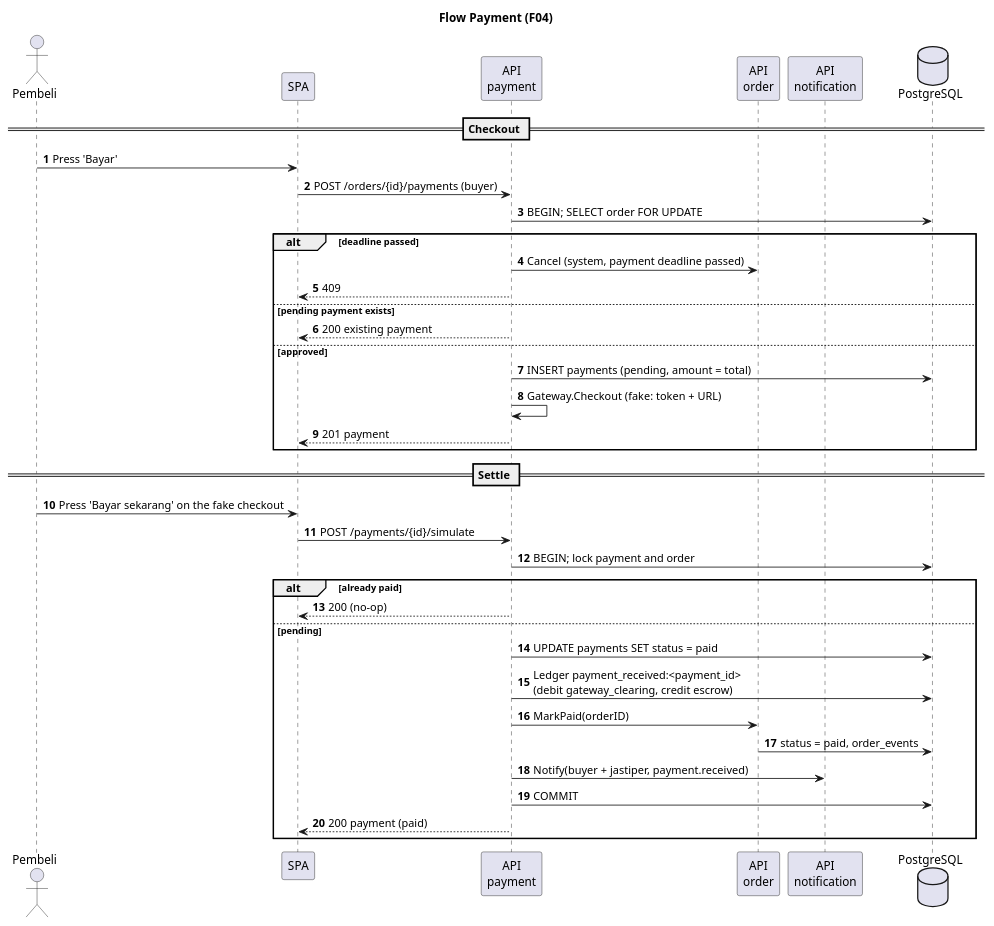
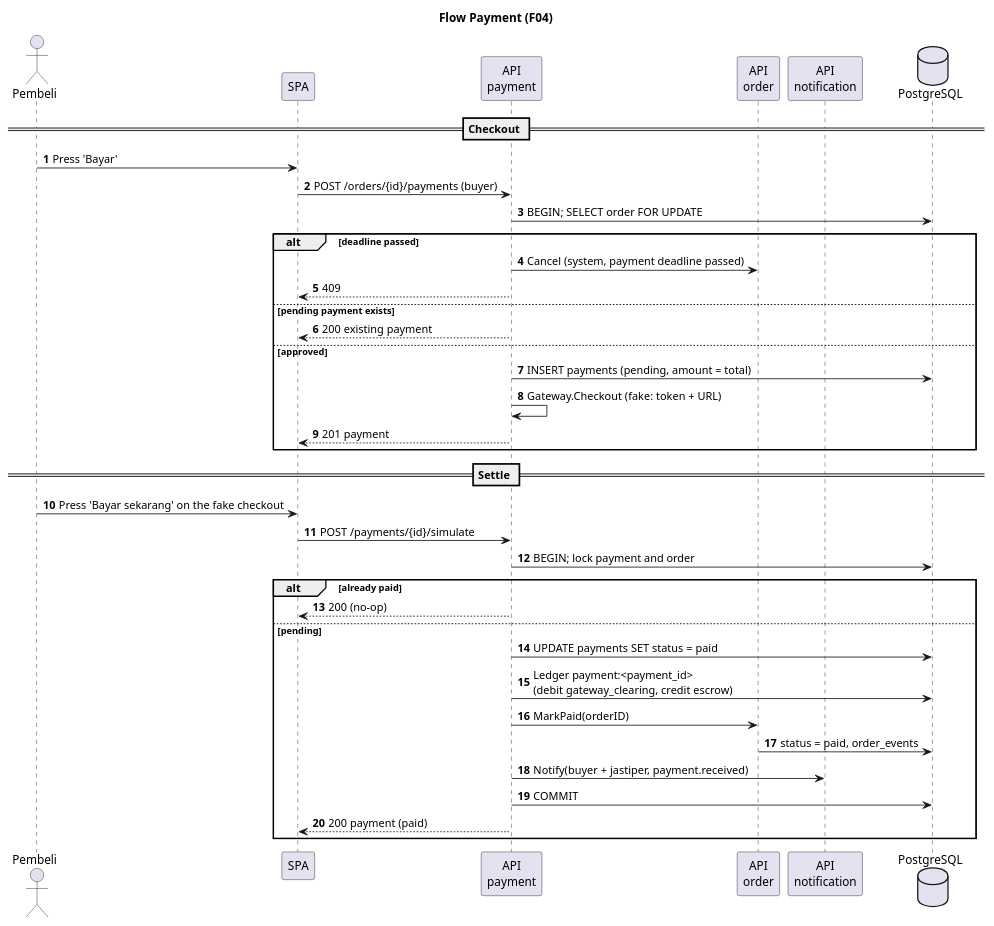
The fourth of 8 diagrams in docs/features/README.md (Titip-Dong/titipdong-be), drawn with PlantUML before and after one commit. The commit also changed 2 other files, not shown here.

Commit message:
docs(payment): use the payment:<payment_id> idempotency key the code posts with

````diff
--- a/docs/features/README.md
+++ b/docs/features/README.md
@@ -208,48 +208,48 @@
 ```plantuml
 @startuml payment
 
 title Flow Payment (F04)
 
 actor       "Pembeli"           as buyer
 participant "SPA"               as fe
 participant "API\npayment"      as pay
 participant "API\norder"        as order
 participant "API\nnotification" as notif
 database    "PostgreSQL"        as db
 
 autonumber
 == Checkout ==
 buyer -> fe     : Press 'Bayar'
 fe -> pay       : POST /orders/{id}/payments (buyer)
 pay -> db       : BEGIN; SELECT order FOR UPDATE
 
 alt deadline passed
     pay -> order    : Cancel (system, payment deadline passed)
     pay --> fe      : 409
 else pending payment exists
     pay --> fe      : 200 existing payment
 else approved
     pay -> db       : INSERT payments (pending, amount = total)
     pay -> pay      : Gateway.Checkout (fake: token + URL)
     pay --> fe      : 201 payment
 end
 
 == Settle ==
 buyer -> fe     : Press 'Bayar sekarang' on the fake checkout
 fe -> pay       : POST /payments/{id}/simulate
 pay -> db       : BEGIN; lock payment and order
 
 alt already paid
     pay --> fe      : 200 (no-op)
 else pending
     pay -> db       : UPDATE payments SET status = paid
-    pay -> db       : Ledger payment_received:<payment_id>\n(debit gateway_clearing, credit escrow)
+    pay -> db       : Ledger payment:<payment_id>\n(debit gateway_clearing, credit escrow)
     pay -> order    : MarkPaid(orderID)
     order -> db     : status = paid, order_events
     pay -> notif    : Notify(buyer + jastiper, payment.received)
     pay -> db       : COMMIT
     pay --> fe      : 200 payment (paid)
 end
 
 @enduml
 ```
````
